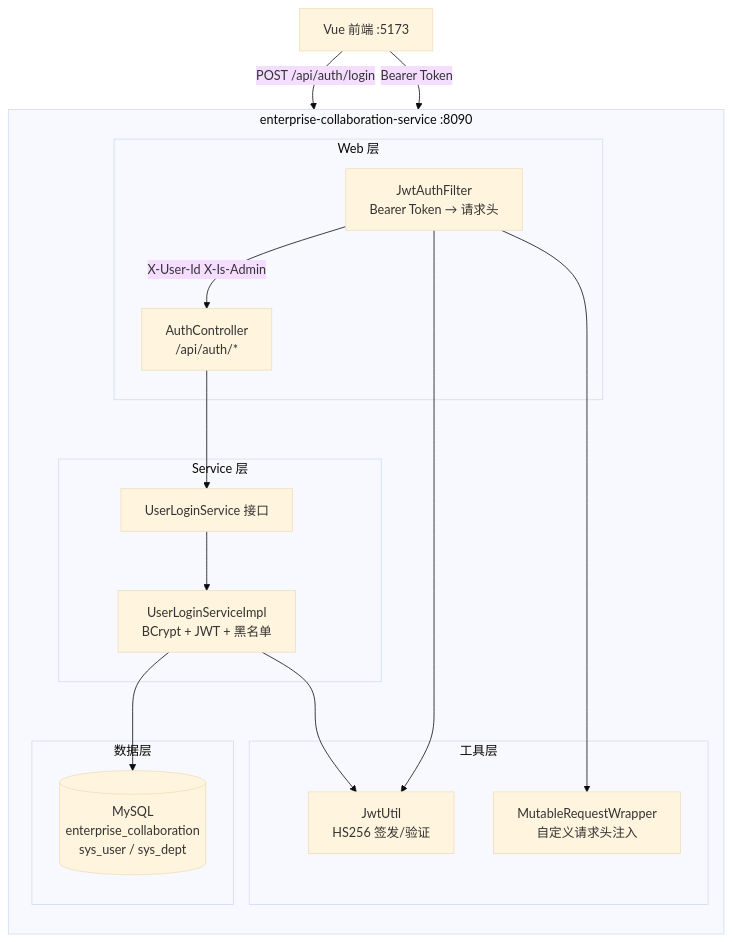
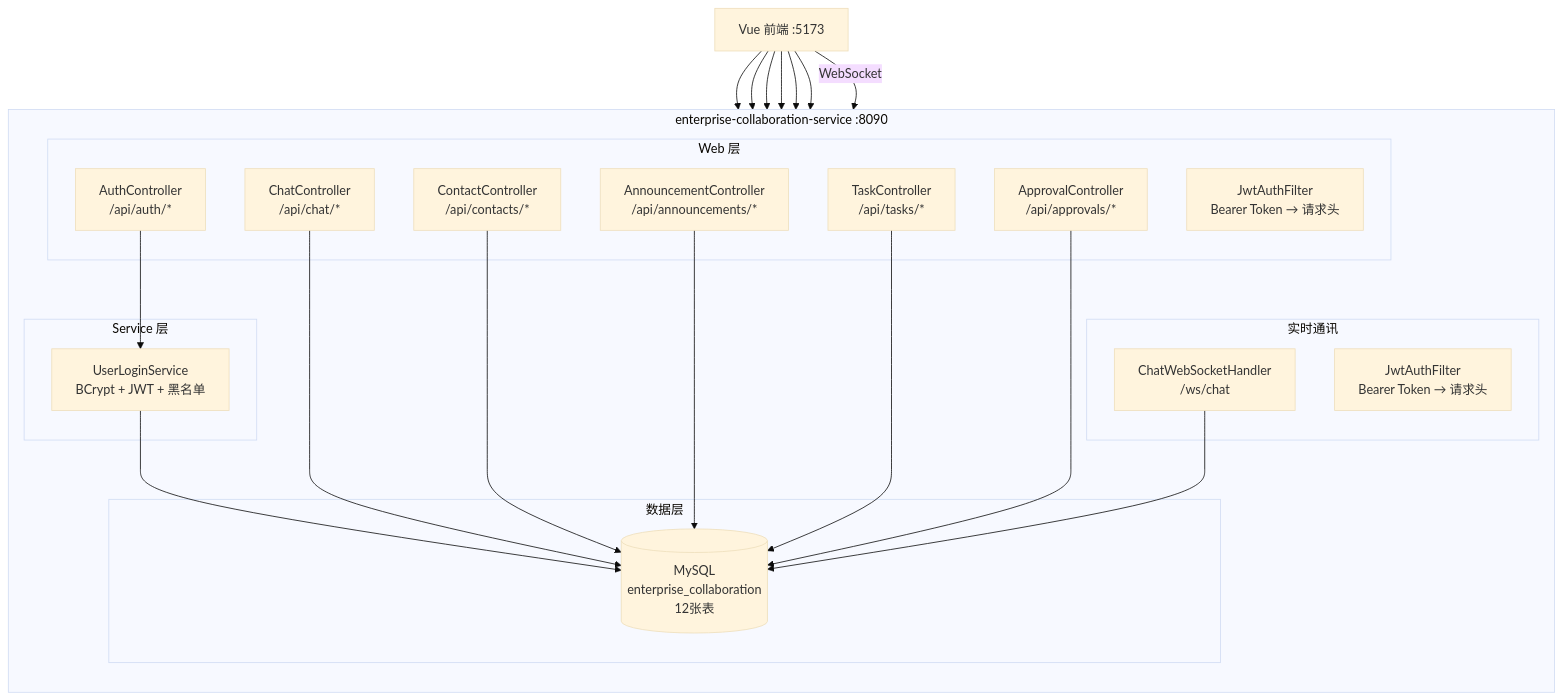
One commit to ZjlShenshiqing/EnterpriseKnowledgeWorkspace changed the first of 10 diagrams in docs/collaboration-service-code-analysis.md. Above: the diagram before and after it, drawn with Mermaid (base theme). The commit also changed other lines of this file, not shown here.

````diff
--- a/docs/collaboration-service-code-analysis.md
+++ b/docs/collaboration-service-code-analysis.md
@@ -29,35 +29,36 @@
 ```mermaid
 graph TB
     subgraph "enterprise-collaboration-service :8090"
         direction TB
 
         subgraph "Web 层"
             FILTER[JwtAuthFilter<br/>Bearer Token → 请求头]
             AUTH_CTL[AuthController<br/>/api/auth/*]
+            CHAT_CTL[ChatController<br/>/api/chat/*]
+            CONTACT_CTL[ContactController<br/>/api/contacts/*]
+            ANNOUNCE_CTL[AnnouncementController<br/>/api/announcements/*]
+            TASK_CTL[TaskController<br/>/api/tasks/*]
+            APPROVAL_CTL[ApprovalController<br/>/api/approvals/*]
         end
 
         subgraph "Service 层"
-            LOGIN_SVC[UserLoginService 接口]
-            LOGIN_IMPL[UserLoginServiceImpl<br/>BCrypt + JWT + 黑名单]
+            LOGIN_SVC[UserLoginService<br/>BCrypt + JWT + 黑名单]
+        end
+
+        subgraph "实时通讯"
+            WS[JwtAuthFilter<br/>Bearer Token → 请求头]
+            WS_HANDLER[ChatWebSocketHandler<br/>/ws/chat]
         end
 
         subgraph "数据层"
-            MYSQL[(MySQL<br/>enterprise_collaboration<br/>sys_user / sys_dept)]
-        end
-
-        subgraph "工具层"
-            JWT[JwtUtil<br/>HS256 签发/验证]
-            WRAPPER[MutableRequestWrapper<br/>自定义请求头注入]
+            MYSQL[(MySQL<br/>enterprise_collaboration<br/>12张表)]
         end
     end
 
-    FRONTEND[Vue 前端 :5173] -->|POST /api/auth/login| AUTH_CTL
-    FRONTEND -->|Bearer Token| FILTER
-    FILTER -->|X-User-Id X-Is-Admin| AUTH_CTL
+    FRONTEND[Vue 前端 :5173] --> AUTH_CTL & CHAT_CTL & CONTACT_CTL & ANNOUNCE_CTL & TASK_CTL & APPROVAL_CTL
+    FRONTEND -->|WebSocket| WS_HANDLER
     AUTH_CTL --> LOGIN_SVC
-    LOGIN_SVC --> LOGIN_IMPL
-    LOGIN_IMPL --> MYSQL
-    LOGIN_IMPL --> JWT
-    FILTER --> JWT
-    FILTER --> WRAPPER
+    LOGIN_SVC --> MYSQL
+    CHAT_CTL & CONTACT_CTL & ANNOUNCE_CTL & TASK_CTL & APPROVAL_CTL --> MYSQL
+    WS_HANDLER --> MYSQL
 ```
````
